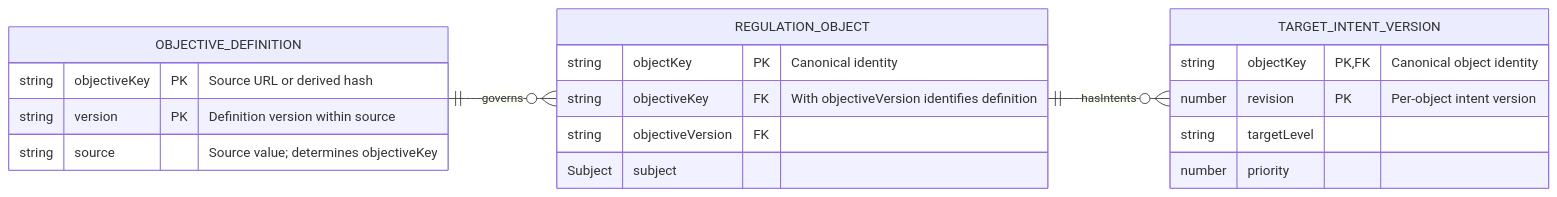
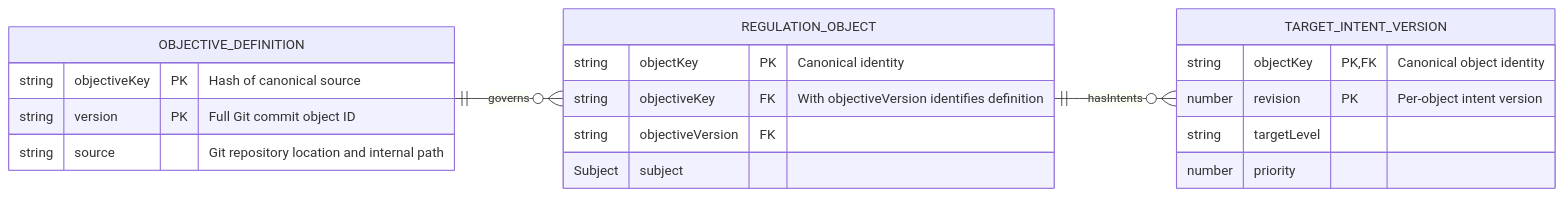
One commit to shazhou-ww/potential-guide changed the first of 2 diagrams in .silvermoon/ideas/01M5E7N9F5Y0ZN1SYKDFYEVA20/outer/inner/ideal/Types.md. Above: the diagram before and after it, drawn with Mermaid. The commit also changed other lines of this file and 3 other files, not shown here.

Commit message:
docs: fix Git source and objective version identity rules

````diff
--- a/.silvermoon/ideas/01M5E7N9F5Y0ZN1SYKDFYEVA20/outer/inner/ideal/Types.md
+++ b/.silvermoon/ideas/01M5E7N9F5Y0ZN1SYKDFYEVA20/outer/inner/ideal/Types.md
@@ -34,24 +43,24 @@
 ```mermaid
 erDiagram
     direction LR
     OBJECTIVE_DEFINITION ||--o{ REGULATION_OBJECT : governs
     REGULATION_OBJECT ||--o{ TARGET_INTENT_VERSION : hasIntents
 
     OBJECTIVE_DEFINITION {
-        string objectiveKey PK "Source URL or derived hash"
-        string version PK "Definition version within source"
-        string source "Source value; determines objectiveKey"
+        string objectiveKey PK "Hash of canonical source"
+        string version PK "Full Git commit object ID"
+        string source "Git repository location and internal path"
     }
     TARGET_INTENT_VERSION {
         string objectKey PK, FK "Canonical object identity"
         number revision PK "Per-object intent version"
         string targetLevel
         number priority
     }
     REGULATION_OBJECT {
         string objectKey PK "Canonical identity"
         string objectiveKey FK "With objectiveVersion identifies definition"
         string objectiveVersion FK
         Subject subject
     }
 ```
````
